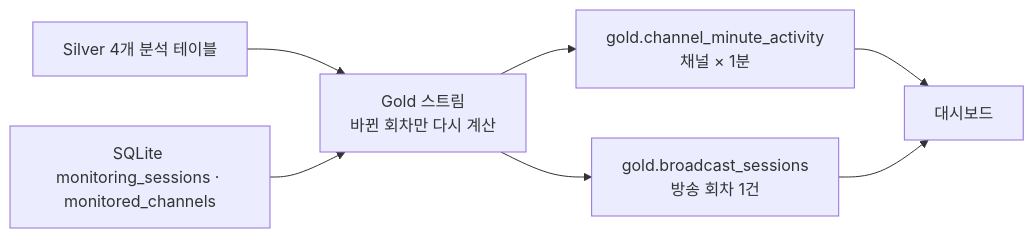
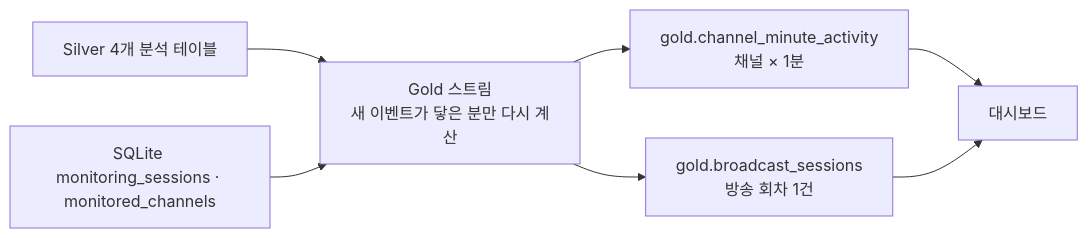
One commit to Recklehs/chzzk-chat-pipeline changed the diagram in docs/gold-data-contract.md. Above: the diagram before and after it, drawn with Mermaid. The commit also changed other lines of this file and 2 other files, not shown here.

First line of the commit message:
docs: Gold 분 단위 증분 갱신 결정과 측정 결과 기록

````diff
--- a/docs/gold-data-contract.md
+++ b/docs/gold-data-contract.md
@@ -7,9 +7,9 @@
 ```mermaid
 flowchart LR
-    S["Silver 4개 분석 테이블"] --> G["Gold 스트림<br/>바뀐 회차만 다시 계산"]
+    S["Silver 4개 분석 테이블"] --> G["Gold 스트림<br/>새 이벤트가 닿은 분만 다시 계산"]
     Q["SQLite monitoring_sessions · monitored_channels"] --> G
     G --> M["gold.channel_minute_activity<br/>채널 × 1분"]
     G --> B["gold.broadcast_sessions<br/>방송 회차 1건"]
     M --> D["대시보드"]
     B --> D
 ```
````
